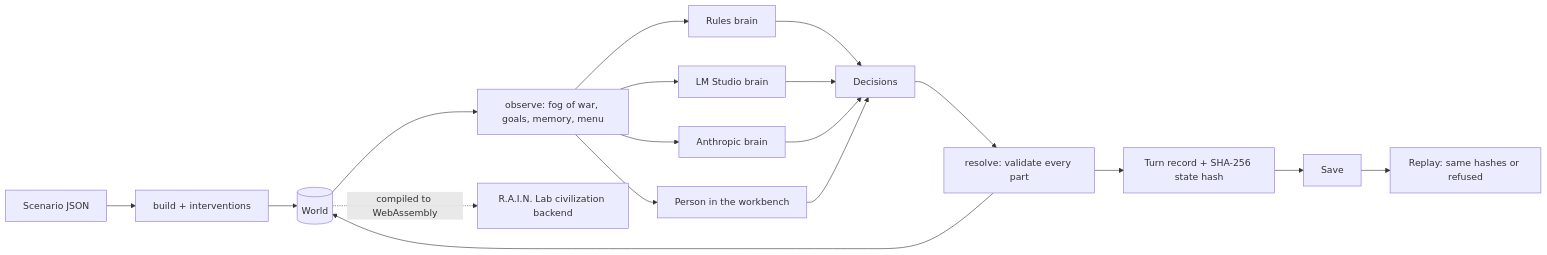
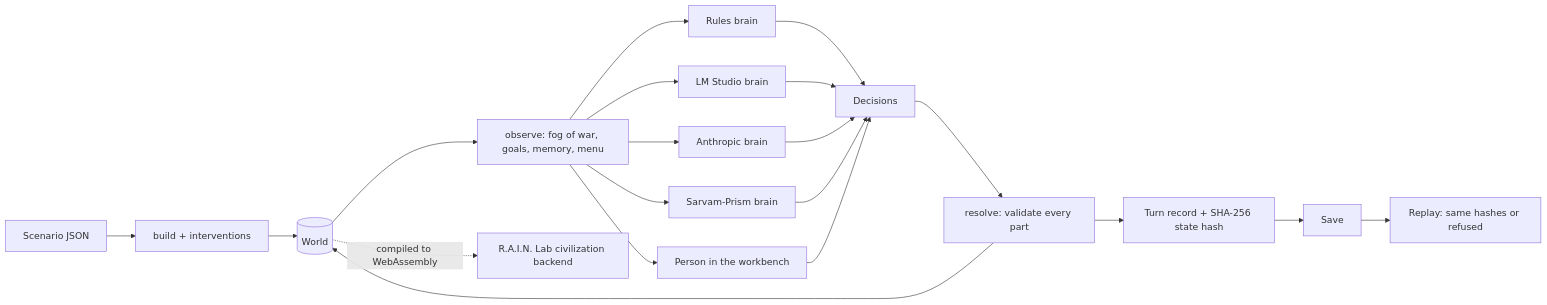
The diagram in docs/NOETERRA.md (topherchris420/lop-nur-twin), drawn with Mermaid before and after one commit. The commit also changed other lines of this file and 11 other files, not shown here.

First line of the commit message:
Add a Sarvam-Prism ruler to Noeterra

````diff
--- a/docs/NOETERRA.md
+++ b/docs/NOETERRA.md
@@ -139,16 +141,17 @@
 ```mermaid
 flowchart LR
   S[Scenario JSON] --> B[build + interventions]
   B --> W[(World)]
   W --> O[observe: fog of war, goals, memory, menu]
   O --> R1[Rules brain]
   O --> R2[LM Studio brain]
   O --> R3[Anthropic brain]
+  O --> R4[Sarvam-Prism brain]
   O --> H[Person in the workbench]
-  R1 & R2 & R3 & H --> D[Decisions]
+  R1 & R2 & R3 & R4 & H --> D[Decisions]
   D --> V[resolve: validate every part]
   V --> W
   V --> L[Turn record + SHA-256 state hash]
   L --> SV[Save] --> RP[Replay: same hashes or refused]
   W -. compiled to WebAssembly .-> LAB[R.A.I.N. Lab civilization backend]
 ```
````
